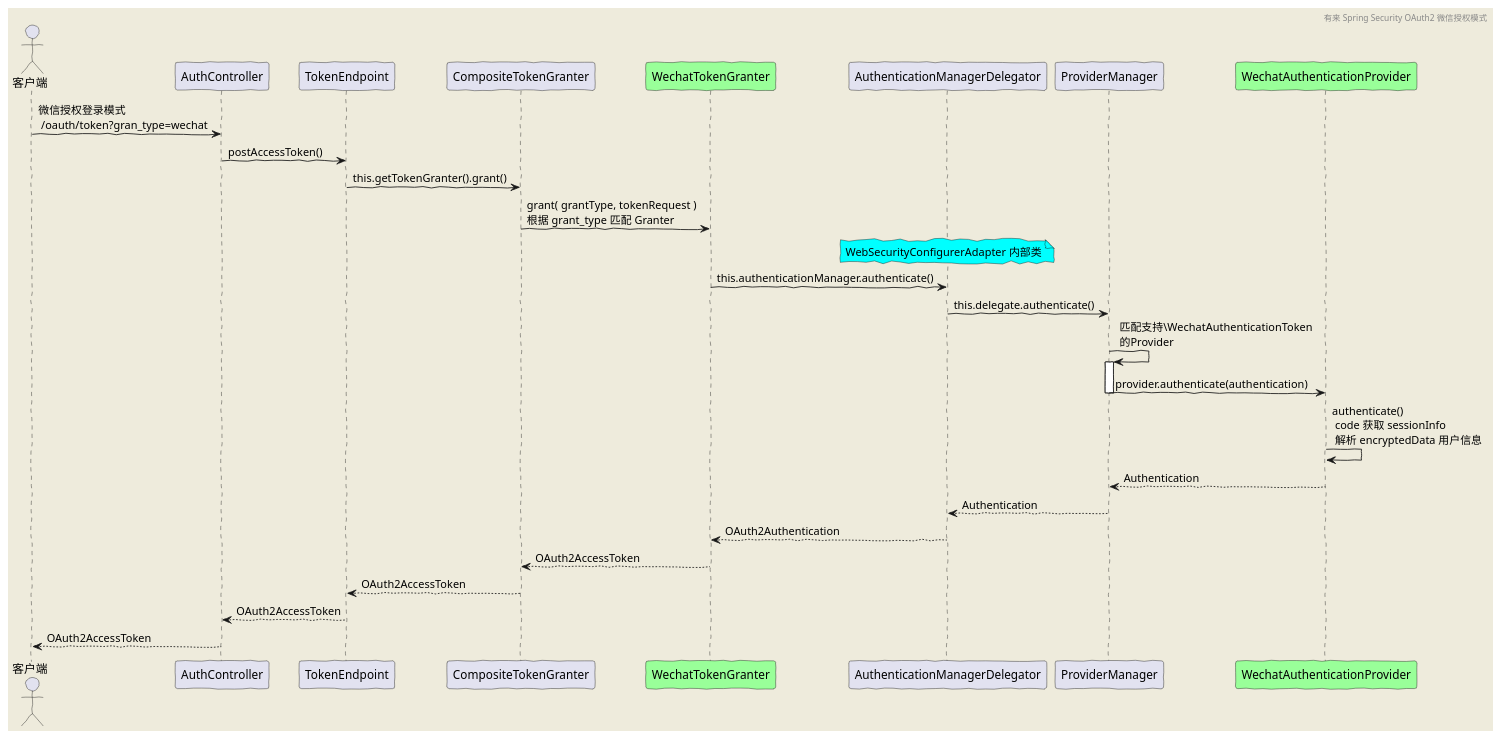
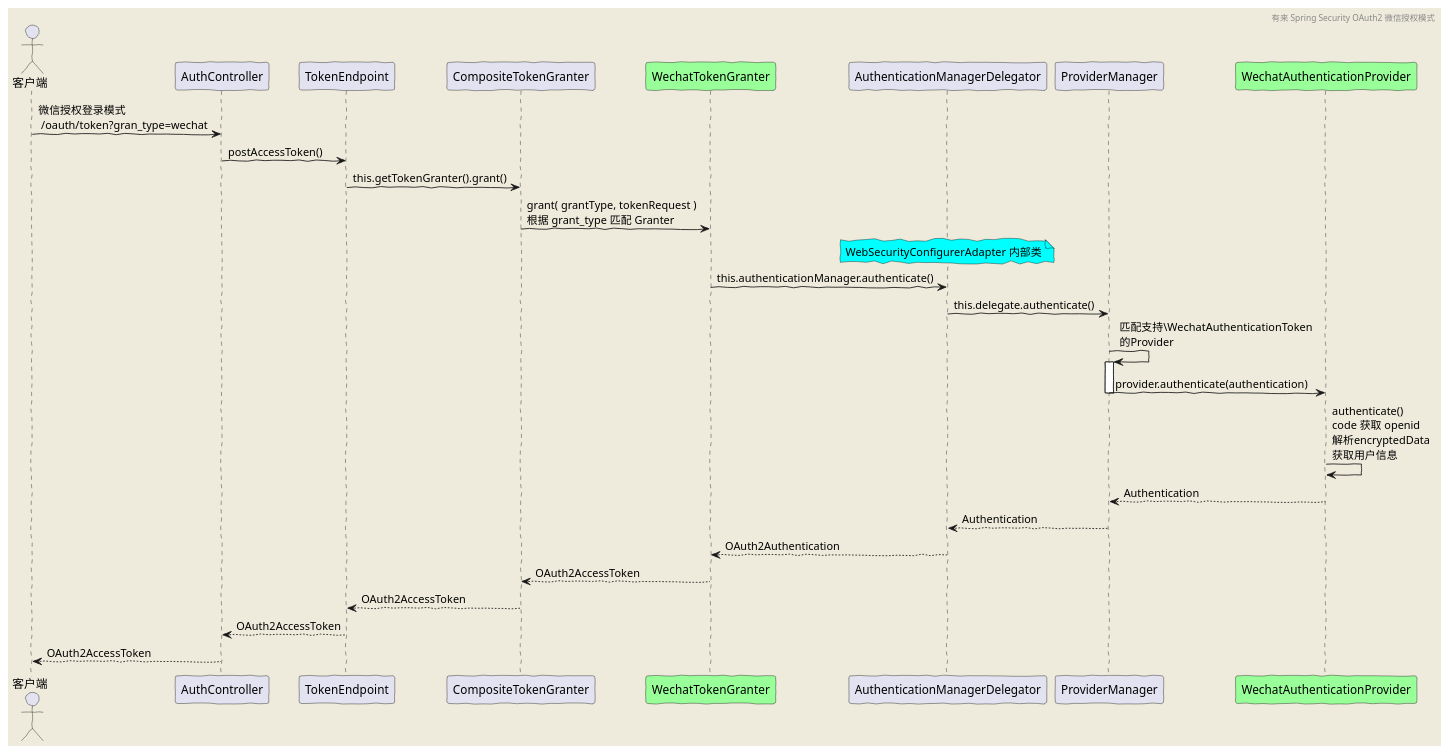
Before and after one commit to youlaitech/youlai-mall: the diagram in doc/diagram/oauth2/wechat.puml, drawn with PlantUML. The commit also changed 2 other files, not shown here.

Commit message:
refactor(diagram): 更新Spring Security OAuth2时序图

```diff
--- a/doc/diagram/oauth2/wechat.puml
+++ b/doc/diagram/oauth2/wechat.puml
@@ -2,36 +2,36 @@
 @startuml
 'https://plantuml.com/sequence-diagram
 skinparam backgroundColor #EEEBDC
 skinparam handwritten true
 
 header 有来 Spring Security OAuth2 微信授权模式
 
 actor 客户端
 
 
 客户端 -> AuthController: 微信授权登录模式 \n /oauth/token?gran_type=wechat
 AuthController -> TokenEndpoint: postAccessToken()
 TokenEndpoint -> CompositeTokenGranter: this.getTokenGranter().grant()
 participant WechatTokenGranter #99FF99
 CompositeTokenGranter->WechatTokenGranter: grant( grantType, tokenRequest )\n根据 grant_type 匹配 Granter
 note over of AuthenticationManagerDelegator #aqua
 WebSecurityConfigurerAdapter 内部类
 end note
 WechatTokenGranter-> AuthenticationManagerDelegator:this.authenticationManager.authenticate()
 AuthenticationManagerDelegator -> ProviderManager: this.delegate.authenticate()
 ProviderManager -> ProviderManager: 匹配支持\WechatAuthenticationToken\n的Provider
 
 activate ProviderManager
 participant WechatAuthenticationProvider #99FF99
 ProviderManager -> WechatAuthenticationProvider: provider.authenticate(authentication)
 deactivate ProviderManager
 
-WechatAuthenticationProvider -> WechatAuthenticationProvider: authenticate()\n code 获取 sessionInfo \n 解析 encryptedData 用户信息
+WechatAuthenticationProvider -> WechatAuthenticationProvider: authenticate()\ncode 获取 openid \n解析encryptedData\n获取用户信息
 ProviderManager <-- WechatAuthenticationProvider: Authentication
 AuthenticationManagerDelegator <-- ProviderManager: Authentication
 WechatTokenGranter <-- AuthenticationManagerDelegator: OAuth2Authentication
 CompositeTokenGranter <-- WechatTokenGranter: OAuth2AccessToken
 TokenEndpoint <-- CompositeTokenGranter:OAuth2AccessToken
 AuthController <-- TokenEndpoint:OAuth2AccessToken
 客户端 <-- AuthController: OAuth2AccessToken
 @enduml
```
